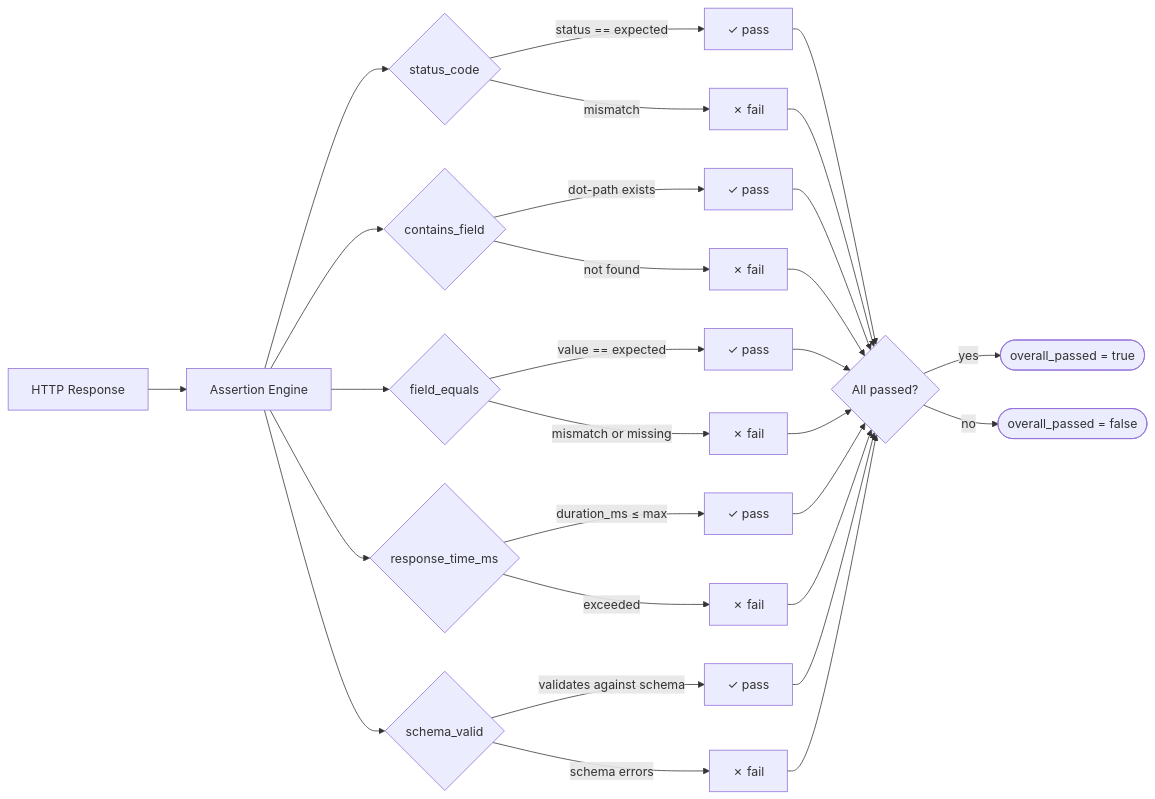
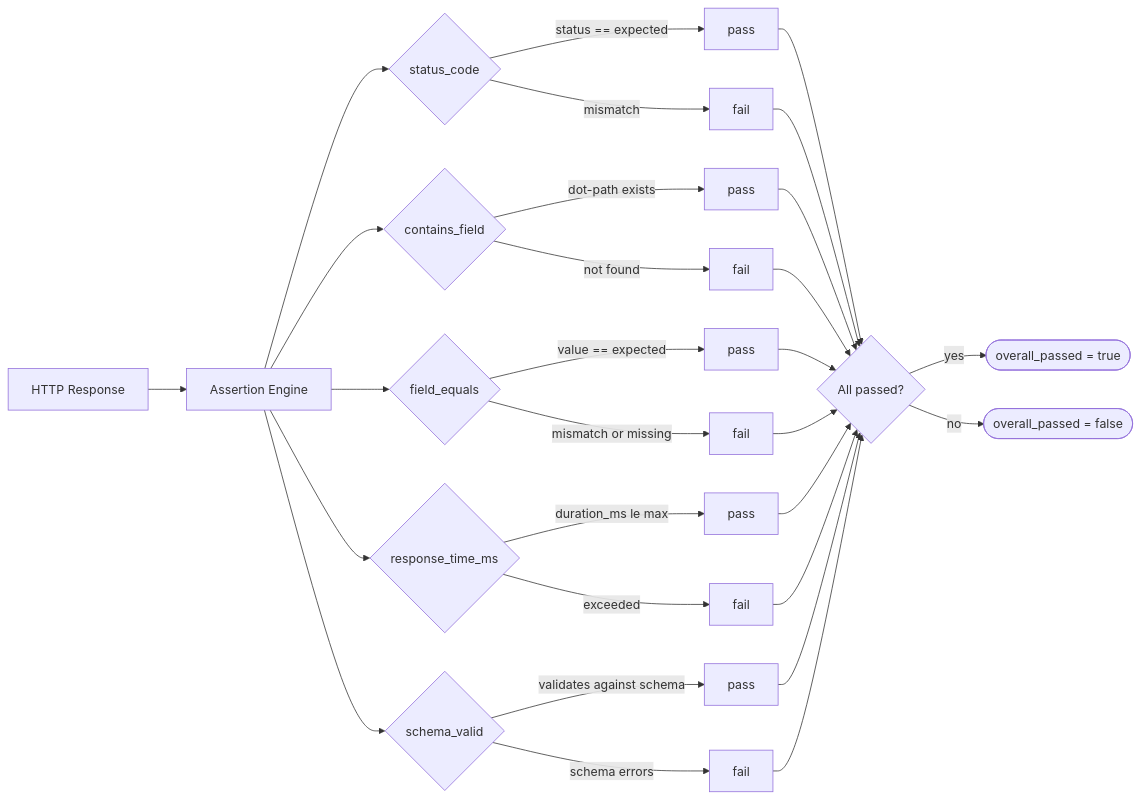
Before and after one commit to Sam-v-b/restforge: the sixth of 6 diagrams in README.md, drawn with Mermaid. The commit also changed other lines of this file, not shown here.

````diff
--- a/README.md
+++ b/README.md
@@ -368,31 +368,31 @@
 ```mermaid
 flowchart LR
     Response[HTTP Response] --> AE[Assertion Engine]
 
     AE --> A1{status_code}
     AE --> A2{contains_field}
     AE --> A3{field_equals}
     AE --> A4{response_time_ms}
     AE --> A5{schema_valid}
 
-    A1 -->|status == expected| P1[✓ pass]
-    A1 -->|mismatch| F1[✗ fail]
+    A1 -->|status == expected| P1[pass]
+    A1 -->|mismatch| F1[fail]
 
-    A2 -->|dot-path exists| P2[✓ pass]
-    A2 -->|not found| F2[✗ fail]
+    A2 -->|dot-path exists| P2[pass]
+    A2 -->|not found| F2[fail]
 
-    A3 -->|value == expected| P3[✓ pass]
-    A3 -->|mismatch or missing| F3[✗ fail]
+    A3 -->|value == expected| P3[pass]
+    A3 -->|mismatch or missing| F3[fail]
 
-    A4 -->|duration_ms ≤ max| P4[✓ pass]
-    A4 -->|exceeded| F4[✗ fail]
+    A4 -->|duration_ms le max| P4[pass]
+    A4 -->|exceeded| F4[fail]
 
-    A5 -->|validates against schema| P5[✓ pass]
-    A5 -->|schema errors| F5[✗ fail]
+    A5 -->|validates against schema| P5[pass]
+    A5 -->|schema errors| F5[fail]
 
     P1 & P2 & P3 & P4 & P5 --> Overall{All passed?}
     F1 & F2 & F3 & F4 & F5 --> Overall
 
     Overall -->|yes| Pass([overall_passed = true])
     Overall -->|no| Fail([overall_passed = false])
 ```
````
